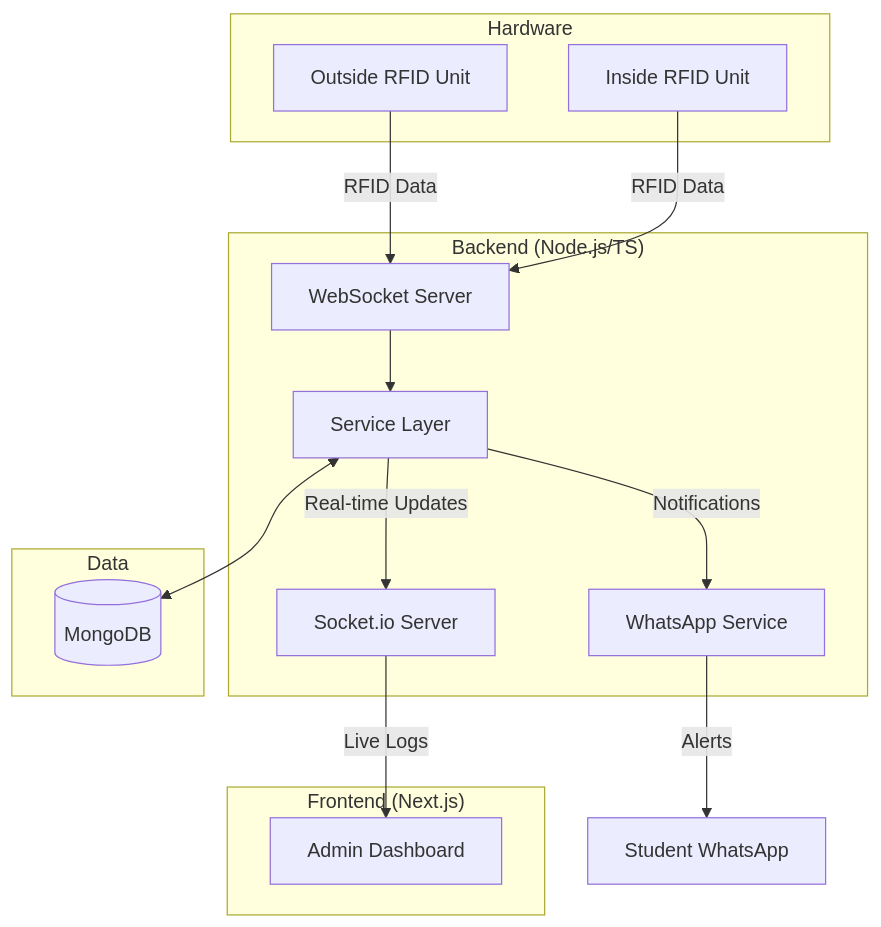
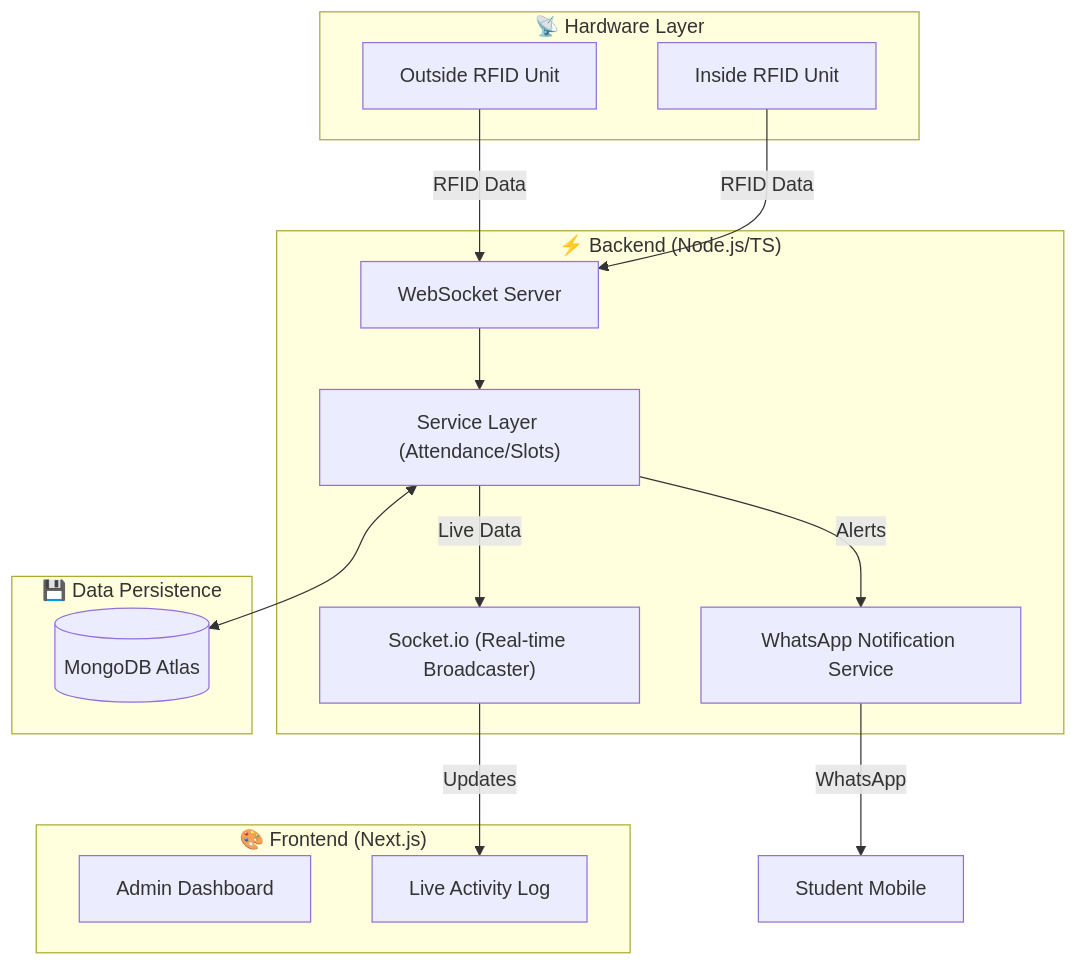
Before and after one commit to DeAlexanderRosario/attenza: the diagram in README.md, drawn with Mermaid. The commit also changed other lines of this file and 6 other files, not shown here.

````diff
--- a/README.md
+++ b/README.md
@@ -46,30 +45,31 @@
 ```mermaid
 flowchart TD
-    subgraph Hardware
-        A[Outside RFID Unit]
-        B[Inside RFID Unit]
+    subgraph Hardware ["📡 Hardware Layer"]
+        A["Outside RFID Unit"]
+        B["Inside RFID Unit"]
     end
 
-    subgraph "Backend (Node.js/TS)"
-        C[WebSocket Server]
-        D[Service Layer]
-        E[WhatsApp Service]
-        F[Socket.io Server]
+    subgraph Backend ["⚡ Backend (Node.js/TS)"]
+        C["WebSocket Server"]
+        D["Service Layer (Attendance/Slots)"]
+        E["WhatsApp Notification Service"]
+        F["Socket.io (Real-time Broadcaster)"]
     end
 
-    subgraph Data
-        G[(MongoDB)]
+    subgraph Data ["💾 Data Persistence"]
+        G[("MongoDB Atlas")]
     end
 
-    subgraph "Frontend (Next.js)"
-        H[Admin Dashboard]
+    subgraph Frontend ["🎨 Frontend (Next.js)"]
+        H["Admin Dashboard"]
+        I["Live Activity Log"]
     end
 
     A & B -->|RFID Data| C
     C --> D
     D <--> G
-    D -->|Notifications| E
-    D -->|Real-time Updates| F
-    F -->|Live Logs| H
-    E -->|Alerts| I[Student WhatsApp]
+    D -->|Alerts| E
+    D -->|Live Data| F
+    F -->|Updates| I
+    E -->|WhatsApp| J["Student Mobile"]
 ```
````
